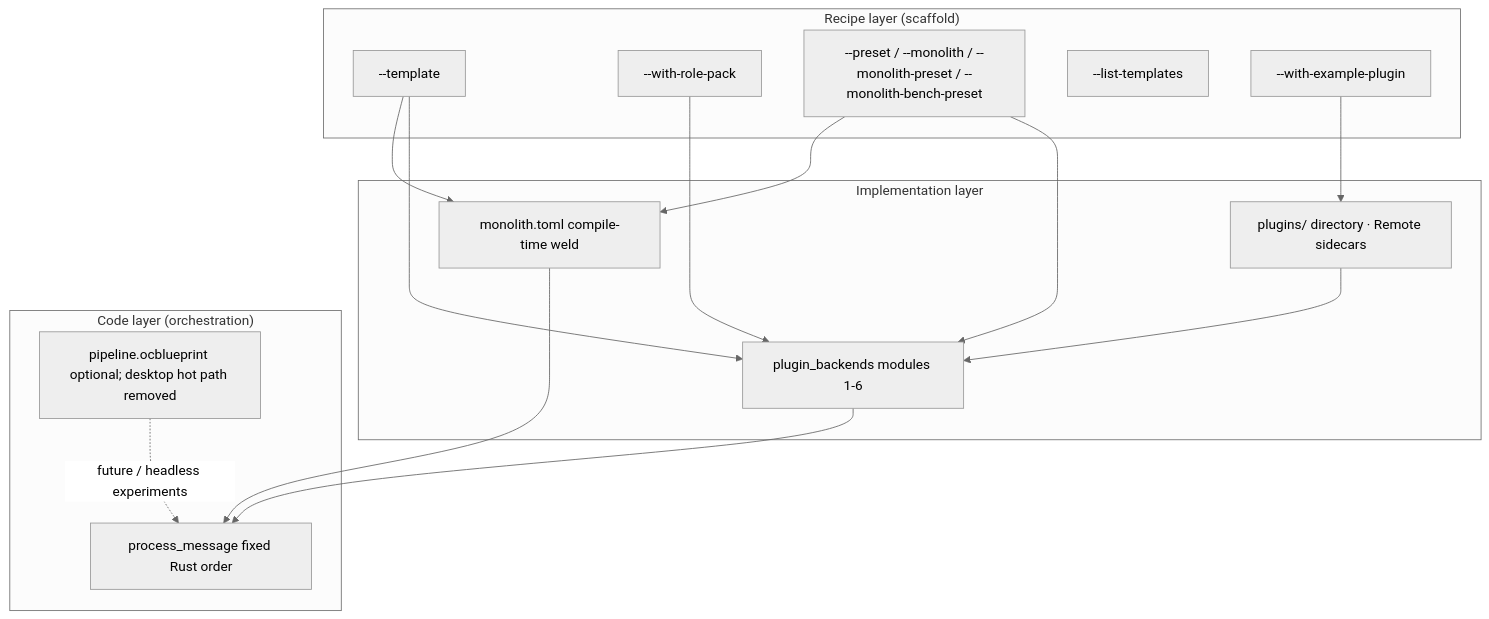
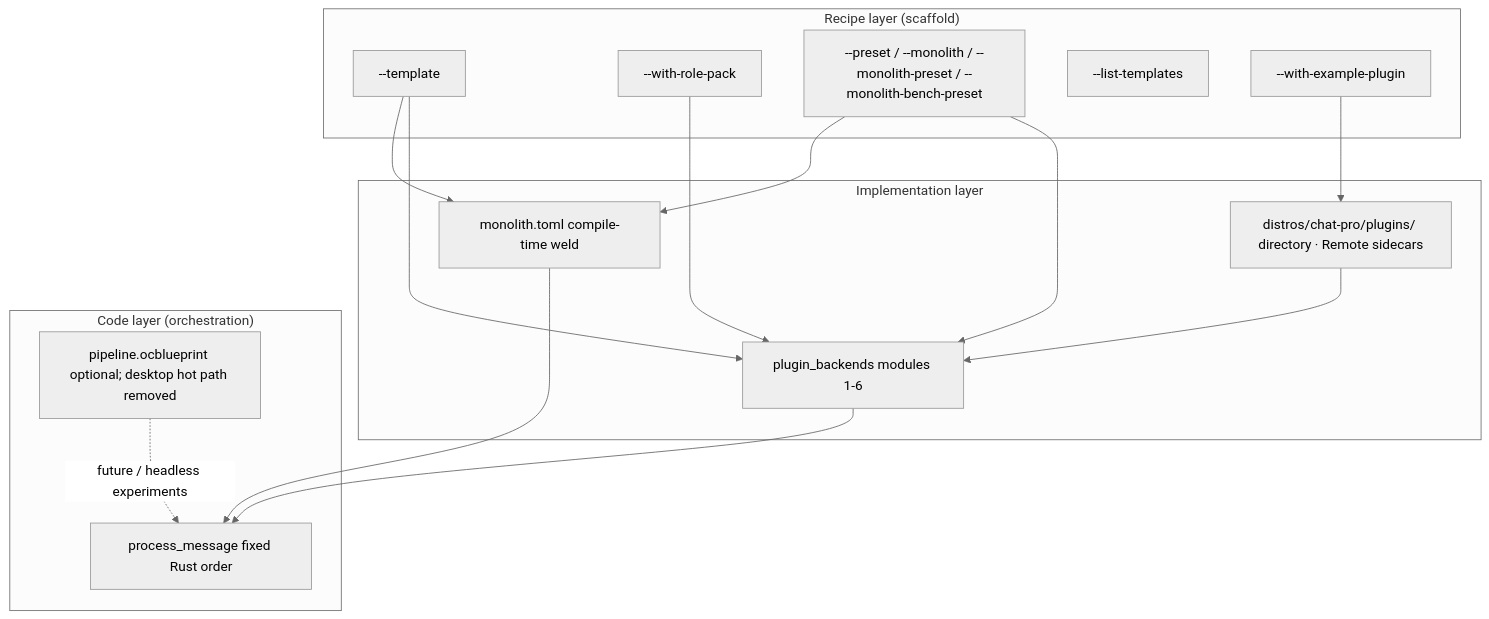
Before and after one commit to linkaiheng2233-cyber/oclivenewnew: the diagram in creator-docs-en/getting-started/KERNEL_FACTORY_VISION.md, drawn with Mermaid (neutral theme). The commit also changed other lines of this file and 205 other files, not shown here.

````diff
--- a/creator-docs-en/getting-started/KERNEL_FACTORY_VISION.md
+++ b/creator-docs-en/getting-started/KERNEL_FACTORY_VISION.md
@@ -65,29 +65,29 @@
 ```mermaid
 flowchart TB
   subgraph recipe["Recipe layer (scaffold)"]
     T["--template"]
     R["--with-role-pack"]
     P["--preset / --monolith / --monolith-preset / --monolith-bench-preset"]
     L["--list-templates"]
     E["--with-example-plugin"]
   end
   subgraph impl["Implementation layer"]
     PB["plugin_backends modules 1-6"]
     M["monolith.toml compile-time weld"]
-    PL["plugins/ directory · Remote sidecars"]
+    PL["distros/chat-pro/plugins/ directory · Remote sidecars"]
   end
   subgraph code["Code layer (orchestration)"]
     PM["process_message fixed Rust order"]
     BP["pipeline.ocblueprint optional; desktop hot path removed"]
   end
   T --> PB
   R --> PB
   P --> PB
   T --> M
   P --> M
   E --> PL
   PB --> PM
   M --> PM
   PL --> PB
   BP -.->|future / headless experiments| PM
 ```
````
